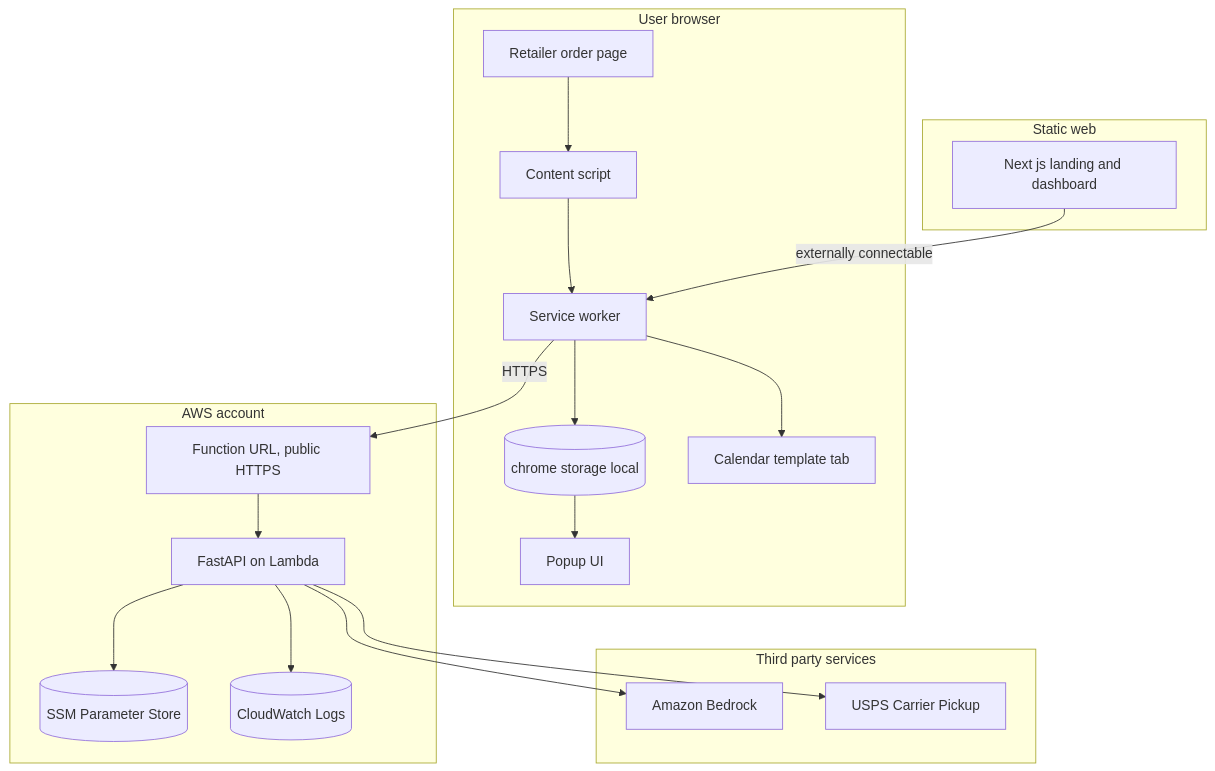
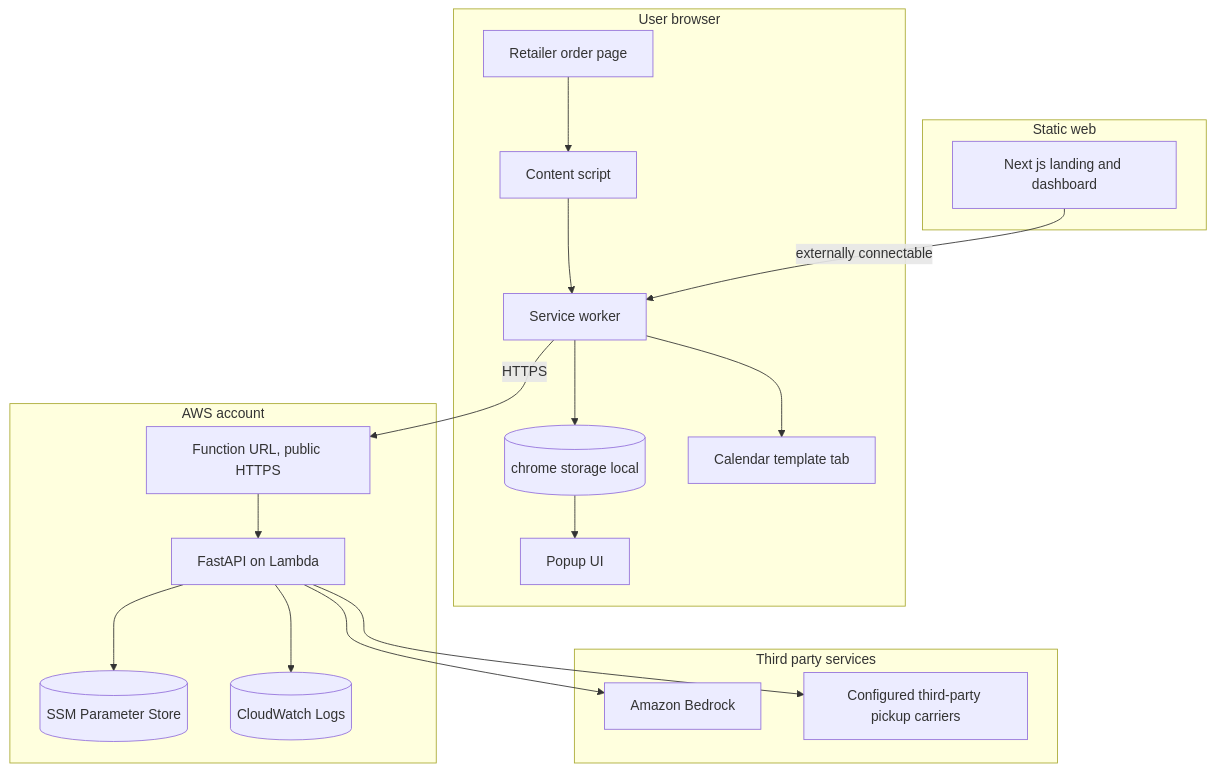
One commit to jacklvd/boomerang changed the first of 8 diagrams in design/boomerang-high-level-design.md. Above: the diagram before and after it, drawn with Mermaid. The commit also changed other lines of this file and 63 other files, not shown here.

Commit message:
retailer-flow spike documentation + retargeted workflow

````diff
--- a/design/boomerang-high-level-design.md
+++ b/design/boomerang-high-level-design.md
@@ -29,40 +30,40 @@
 ```mermaid
 flowchart TB
     subgraph browser["User browser"]
         PAGE["Retailer order page"]
         CS["Content script"]
         SW["Service worker"]
         POP["Popup UI"]
         STORE[("chrome storage local")]
         CAL["Calendar template tab"]
     end
 
     subgraph aws["AWS account"]
         URL["Function URL, public HTTPS"]
         FN["FastAPI on Lambda"]
         SSM[("SSM Parameter Store")]
         CW[("CloudWatch Logs")]
     end
 
     subgraph third["Third party services"]
         BR["Amazon Bedrock"]
-        USPS["USPS Carrier Pickup"]
+        CARRIER["Configured third-party pickup carriers"]
     end
 
     subgraph web["Static web"]
         NEXT["Next js landing and dashboard"]
     end
 
     PAGE --> CS
     CS --> SW
     SW --> STORE
     STORE --> POP
     SW -- "HTTPS" --> URL
     URL --> FN
     FN --> BR
-    FN --> USPS
+    FN --> CARRIER
     FN --> SSM
     FN --> CW
     SW --> CAL
     NEXT -- "externally connectable" --> SW
 ```
````
